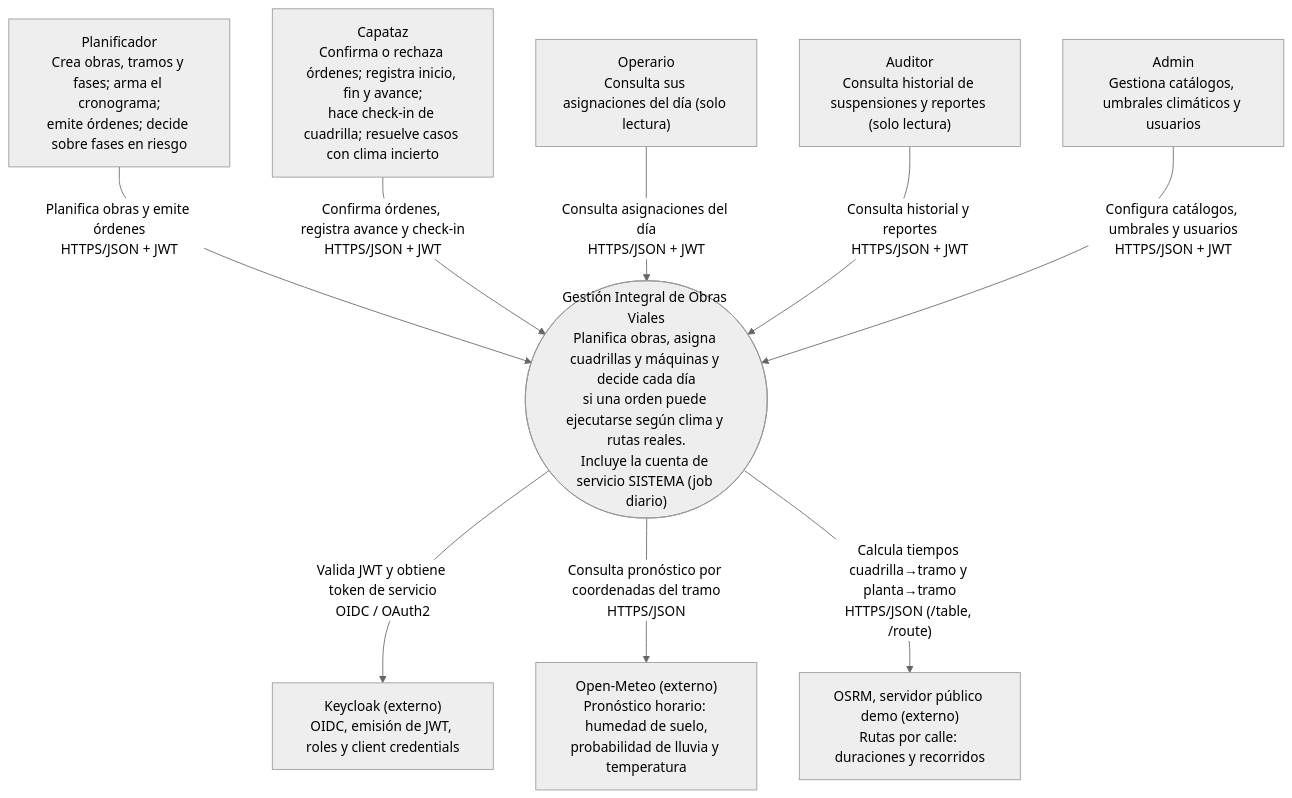
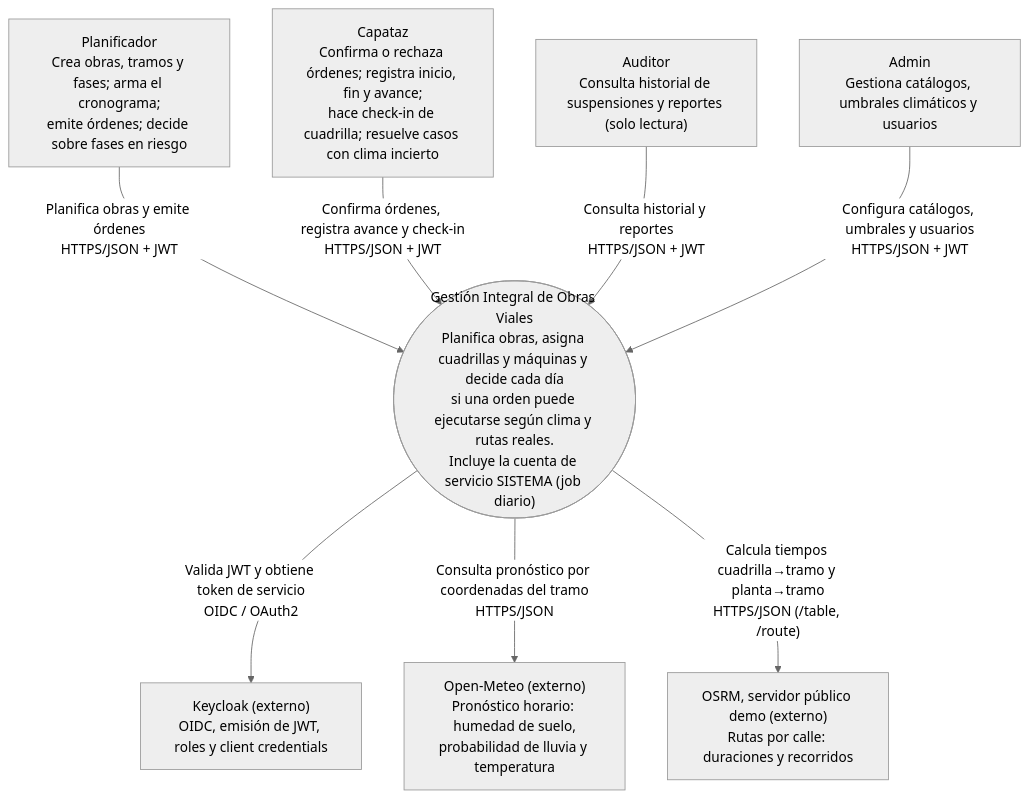
One commit to nietofede/tp_obrasViales changed the first of 6 diagrams in docs/arquitectura.md. Above: the diagram before and after it, drawn with Mermaid (neutral theme). The commit also changed other lines of this file and 14 other files, not shown here.

````diff
--- a/docs/arquitectura.md
+++ b/docs/arquitectura.md
@@ -9,24 +9,22 @@
 ```mermaid
 flowchart TB
     planificador["Planificador<br/>Crea obras, tramos y fases; arma el cronograma;<br/>emite órdenes; decide sobre fases en riesgo"]
     capataz["Capataz<br/>Confirma o rechaza órdenes; registra inicio, fin y avance;<br/>hace check-in de cuadrilla; resuelve casos con clima incierto"]
-    operario["Operario<br/>Consulta sus asignaciones del día (solo lectura)"]
     auditor["Auditor<br/>Consulta historial de suspensiones y reportes (solo lectura)"]
     admin["Admin<br/>Gestiona catálogos, umbrales climáticos y usuarios"]
 
     obras(["Gestión Integral de Obras Viales<br/>Planifica obras, asigna cuadrillas y máquinas y decide cada día<br/>si una orden puede ejecutarse según clima y rutas reales.<br/>Incluye la cuenta de servicio SISTEMA (job diario)"])
 
     keycloak["Keycloak (externo)<br/>OIDC, emisión de JWT, roles y client credentials"]
     meteo["Open-Meteo (externo)<br/>Pronóstico horario: humedad de suelo,<br/>probabilidad de lluvia y temperatura"]
     osrm["OSRM, servidor público demo (externo)<br/>Rutas por calle: duraciones y recorridos"]
 
     planificador -->|"Planifica obras y emite órdenes<br/>HTTPS/JSON + JWT"| obras
     capataz -->|"Confirma órdenes, registra avance y check-in<br/>HTTPS/JSON + JWT"| obras
-    operario -->|"Consulta asignaciones del día<br/>HTTPS/JSON + JWT"| obras
     auditor -->|"Consulta historial y reportes<br/>HTTPS/JSON + JWT"| obras
     admin -->|"Configura catálogos, umbrales y usuarios<br/>HTTPS/JSON + JWT"| obras
 
     obras -->|"Valida JWT y obtiene token de servicio<br/>OIDC / OAuth2"| keycloak
     obras -->|"Consulta pronóstico por coordenadas del tramo<br/>HTTPS/JSON"| meteo
     obras -->|"Calcula tiempos cuadrilla→tramo y planta→tramo<br/>HTTPS/JSON (/table, /route)"| osrm
 ```
````
